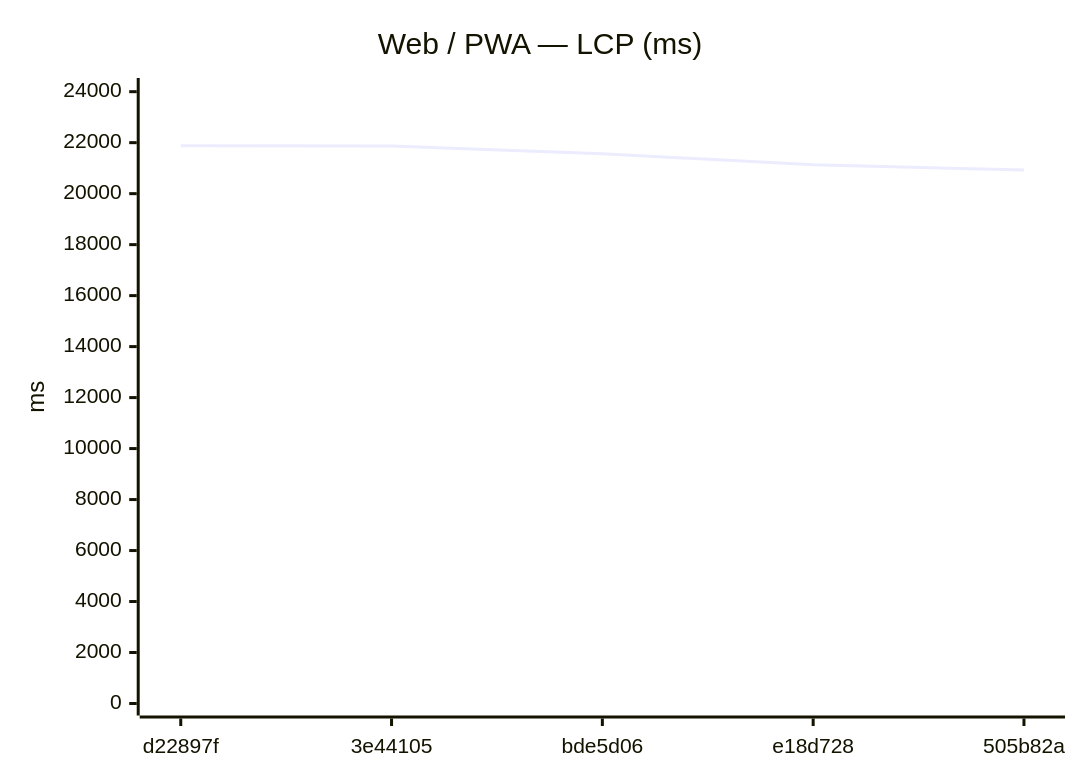
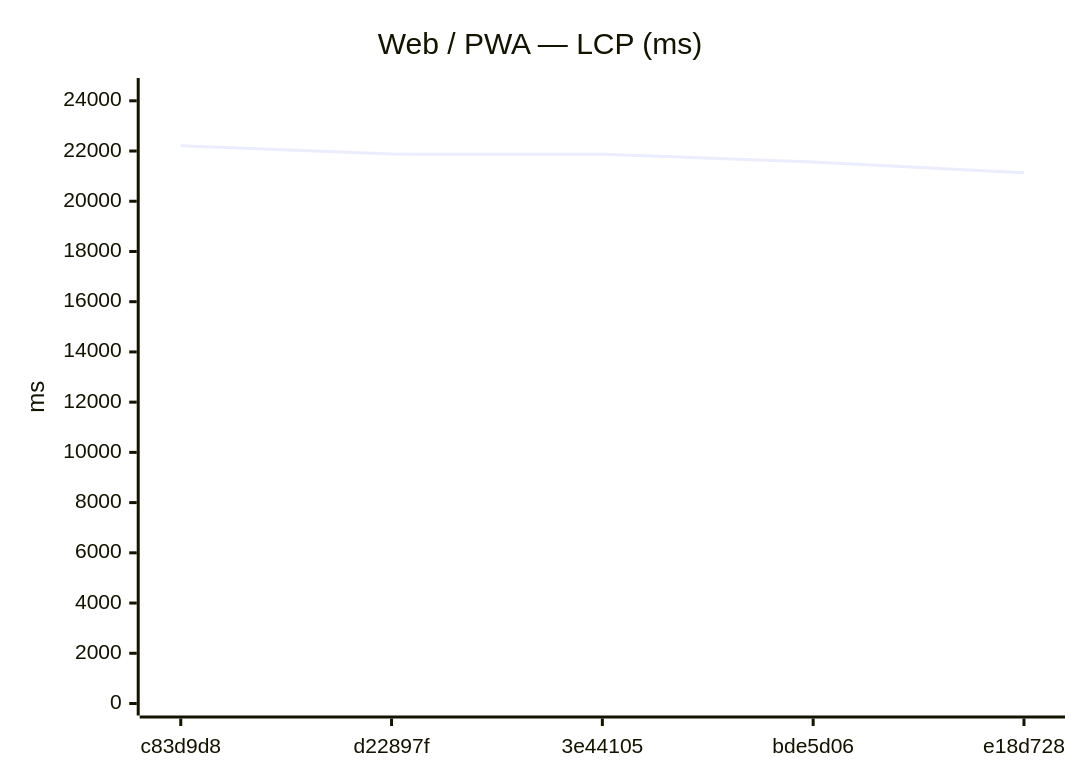
One commit to Metaheurist/Rianell changed the seventh of 18 diagrams in benchmarks/compare.md. Above: the diagram before and after it, drawn with Mermaid. The commit also changed other lines of this file and 11 other files, not shown here.

````diff
--- a/benchmarks/compare.md
+++ b/benchmarks/compare.md
@@ -117,7 +117,7 @@
 ```mermaid
 xychart-beta
     title "Web / PWA — LCP (ms)"
-    x-axis ["d22897f", "3e44105", "bde5d06", "e18d728", "505b82a"]
-    y-axis "ms" 0 --> 24066
-    line [21878, 21870, 21566, 21132, 20925]
+    x-axis ["c83d9d8", "d22897f", "3e44105", "bde5d06", "e18d728"]
+    y-axis "ms" 0 --> 24430
+    line [22209, 21878, 21870, 21566, 21132]
 ```
````
